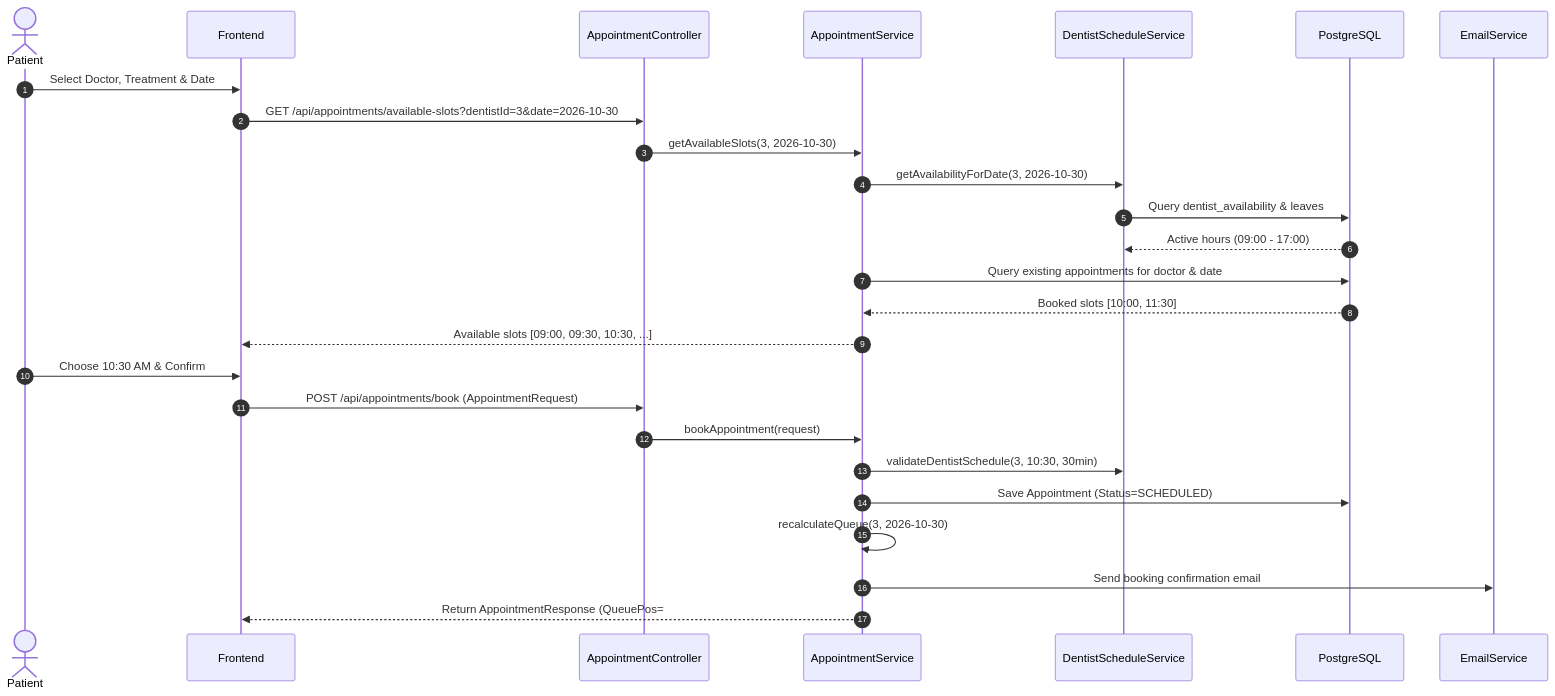
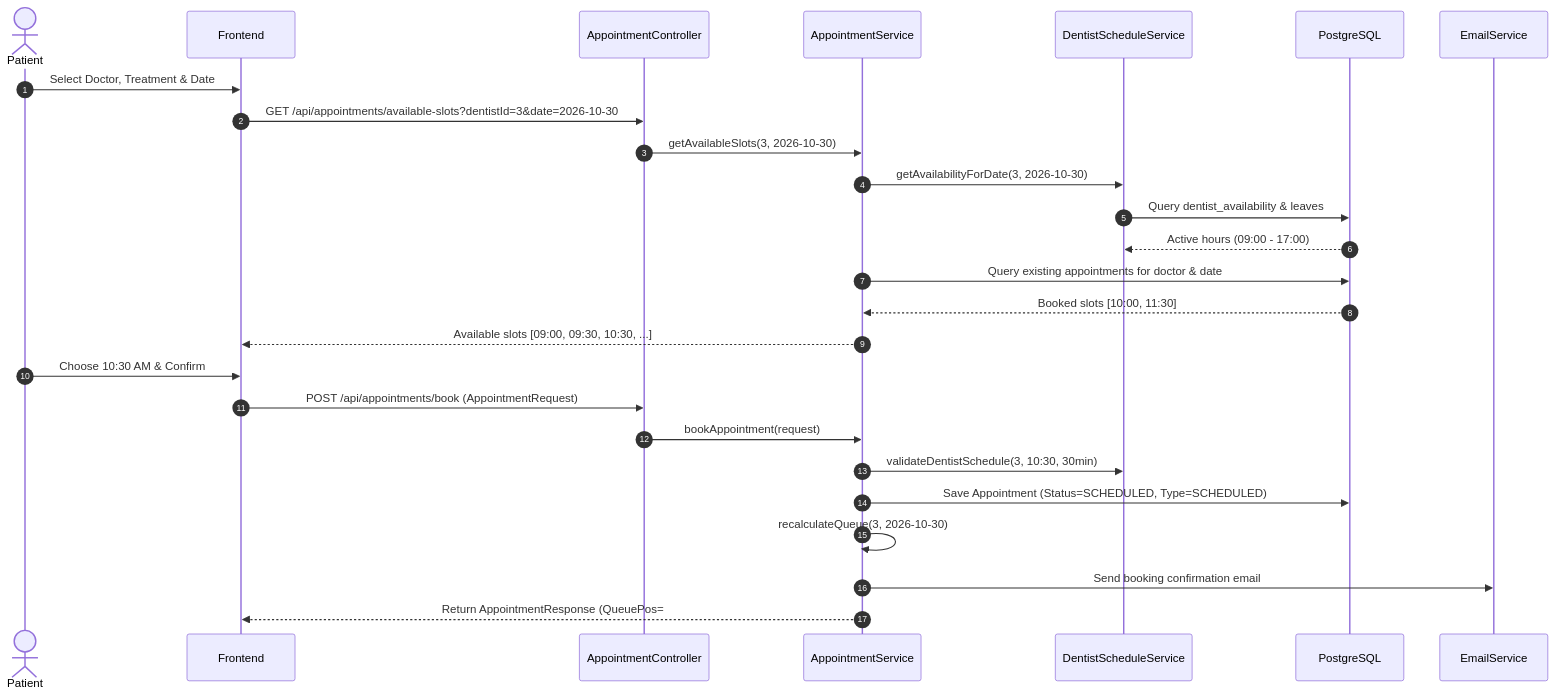
The fourth of 10 diagrams in dental-clinic/README.md (deepakbhat18/oralcare), drawn with Mermaid before and after one commit. The commit also changed other lines of this file and 1 other file, not shown here.

````diff
--- a/dental-clinic/README.md
+++ b/dental-clinic/README.md
@@ -318,30 +328,30 @@
 ```mermaid
 sequenceDiagram
     autonumber
     actor Patient
     participant Frontend
     participant API as AppointmentController
     participant Svc as AppointmentService
     participant Sched as DentistScheduleService
     participant DB as PostgreSQL
     participant Mail as EmailService
 
     Patient->>Frontend: Select Doctor, Treatment & Date
     Frontend->>API: GET /api/appointments/available-slots?dentistId=3&date=2026-10-30
     API->>Svc: getAvailableSlots(3, 2026-10-30)
     Svc->>Sched: getAvailabilityForDate(3, 2026-10-30)
     Sched->>DB: Query dentist_availability & leaves
     DB-->>Sched: Active hours (09:00 - 17:00)
     Svc->>DB: Query existing appointments for doctor & date
     DB-->>Svc: Booked slots [10:00, 11:30]
     Svc-->>Frontend: Available slots [09:00, 09:30, 10:30, ...]
     
     Patient->>Frontend: Choose 10:30 AM & Confirm
     Frontend->>API: POST /api/appointments/book (AppointmentRequest)
     API->>Svc: bookAppointment(request)
     Svc->>Sched: validateDentistSchedule(3, 10:30, 30min)
-    Svc->>DB: Save Appointment (Status=SCHEDULED)
+    Svc->>DB: Save Appointment (Status=SCHEDULED, Type=SCHEDULED)
     Svc->>Svc: recalculateQueue(3, 2026-10-30)
     Svc->>Mail: Send booking confirmation email
     Svc-->>Frontend: Return AppointmentResponse (QueuePos=#3, EstWait=60min)
 ```
````
